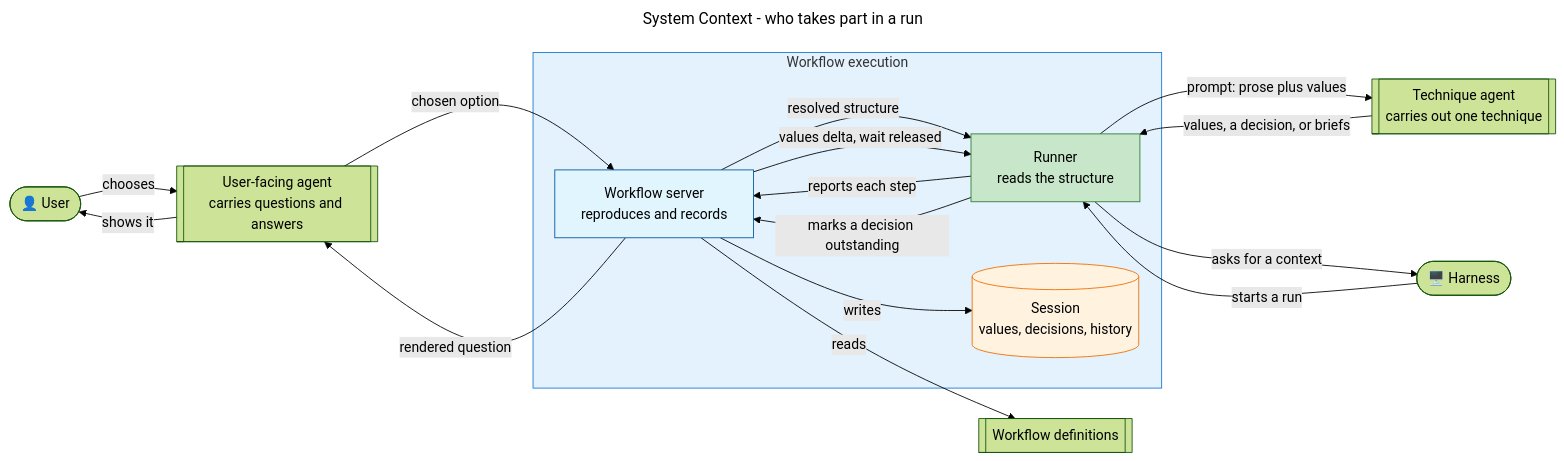
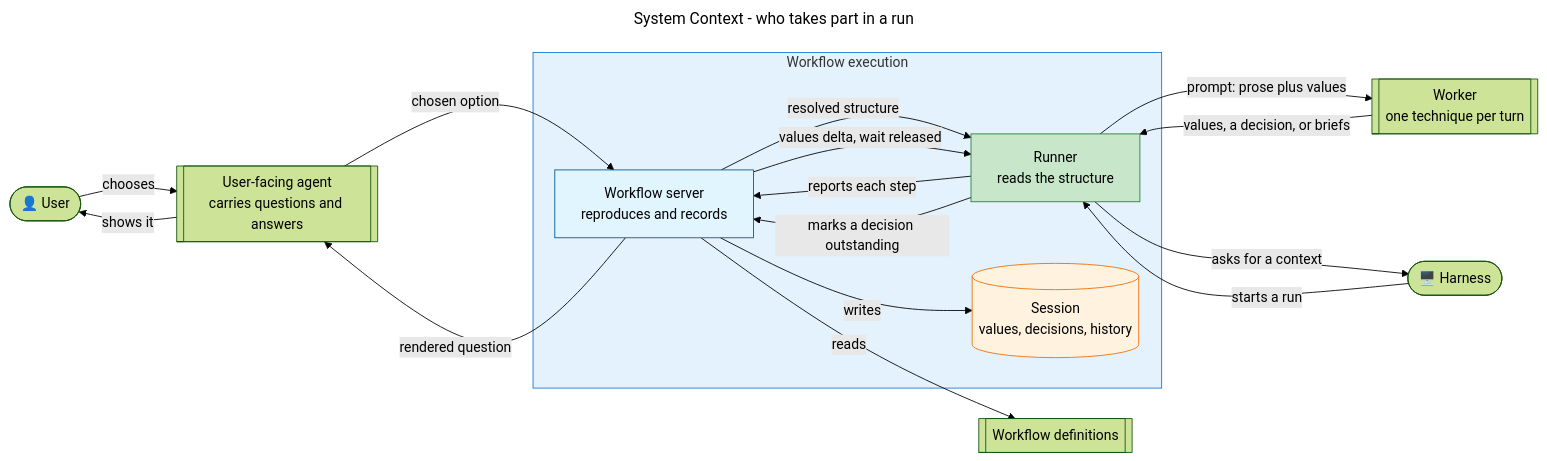
Before and after one commit to m2ux/workflow-server: the first of 15 diagrams in artifacts/planning/2026-08-28-runner-execution-protocol/README.md, drawn with Mermaid (forest theme). The commit also changed other lines of this file, not shown here.

````diff
--- a/artifacts/planning/2026-08-28-runner-execution-protocol/README.md
+++ b/artifacts/planning/2026-08-28-runner-execution-protocol/README.md
@@ -54,38 +54,38 @@
 ```mermaid
 ---
 title: System Context - who takes part in a run
 ---
 flowchart LR
     User([👤 User])
     Harness([🖥️ Harness])
 
     subgraph Execution [Workflow execution]
         Runner[Runner<br/>reads the structure]
         Server[Workflow server<br/>reproduces and records]
         Session[(Session<br/>values, decisions, history)]
     end
 
-    Agent[[Technique agent<br/>carries out one technique]]
+    Agent[[Worker<br/>one technique per turn]]
     Facing[[User-facing agent<br/>carries questions and answers]]
     Defs[[Workflow definitions]]
 
     Harness -->|starts a run| Runner
     Runner -->|reports each step| Server
     Runner -->|prompt: prose plus values| Agent
     Agent -->|values, a decision, or briefs| Runner
     Runner -->|marks a decision outstanding| Server
     Server -->|rendered question| Facing
     Facing -->|shows it| User
     User -->|chooses| Facing
     Facing -->|chosen option| Server
     Runner -->|asks for a context| Harness
     Server -->|resolved structure| Runner
     Server -->|values delta, wait released| Runner
     Server -->|reads| Defs
     Server -->|writes| Session
 
     style Execution fill:#e3f2fd,stroke:#1976d2
     style Runner fill:#c8e6c9,stroke:#2e7d32
     style Server fill:#e1f5fe,stroke:#01579b
     style Session fill:#fff3e0,stroke:#ef6c00
 ```
````
